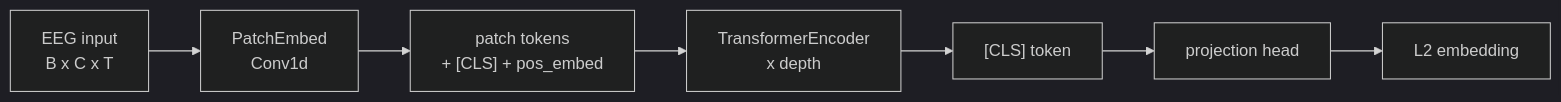
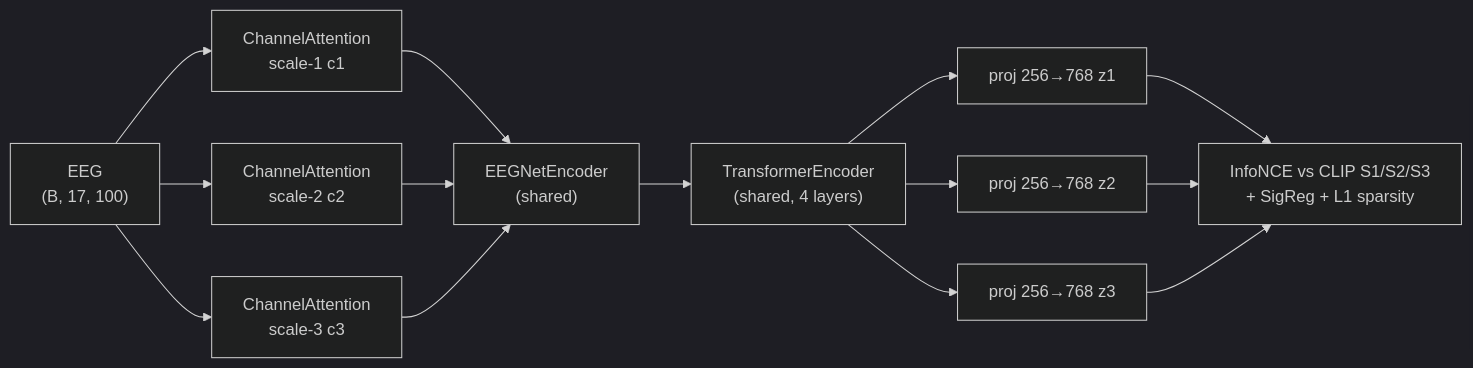
One commit to RTae/SUPA-EEG changed the diagram in README.md. Above: the diagram before and after it, drawn with Mermaid (dark theme). The commit also changed other lines of this file and 11 other files, not shown here.

````diff
--- a/README.md
+++ b/README.md
@@ -335,9 +9,16 @@
 ```mermaid
 flowchart LR
-    A["EEG input\nB x C x T"] --> B["PatchEmbed\nConv1d"]
-    B --> C["patch tokens\n+ [CLS] + pos_embed"]
-    C --> D["TransformerEncoder\nx depth"]
-    D --> E["[CLS] token"]
-    E --> F["projection head"]
-    F --> G["L2 embedding"]
+    A["EEG\n(B, 17, 100)"] --> CA1["ChannelAttention\nscale-1 c1"]
+    A --> CA2["ChannelAttention\nscale-2 c2"]
+    A --> CA3["ChannelAttention\nscale-3 c3"]
+    CA1 --> ENC["EEGNetEncoder\n(shared)"]
+    CA2 --> ENC
+    CA3 --> ENC
+    ENC --> TF["TransformerEncoder\n(shared, 4 layers)"]
+    TF --> P1["proj 256→768  z1"]
+    TF --> P2["proj 256→768  z2"]
+    TF --> P3["proj 256→768  z3"]
+    P1 --> L["InfoNCE vs CLIP S1/S2/S3\n+ SigReg + L1 sparsity"]
+    P2 --> L
+    P3 --> L
 ```
````
